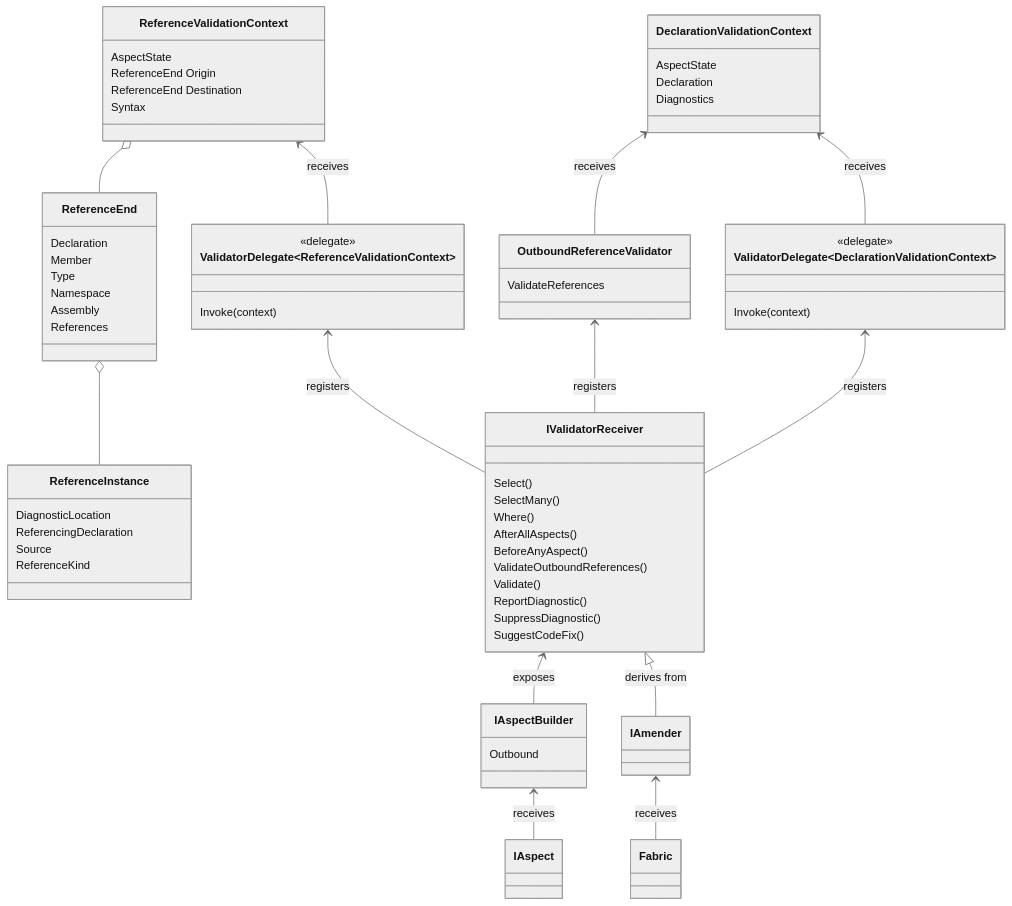
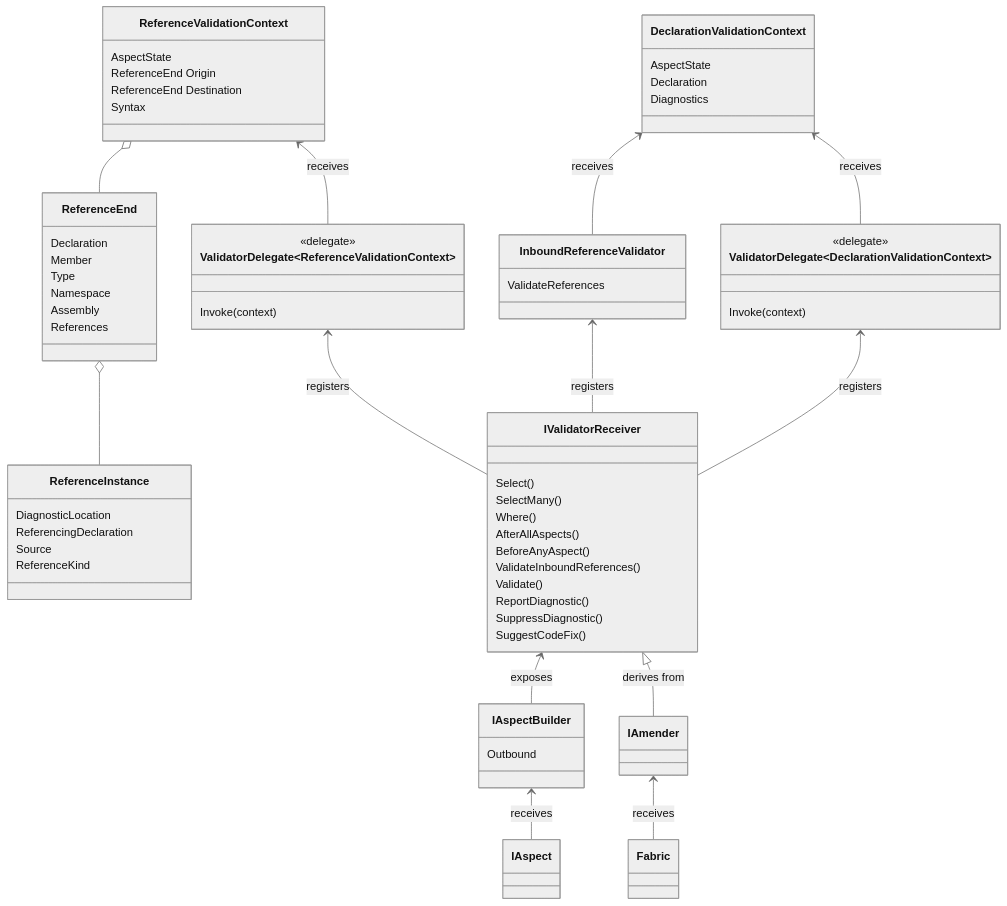
The diagram in overwrite/namespaces/Metalama.Framework.Validation.md (postsharp/Metalama.Documentation), drawn with Mermaid (neutral theme) before and after one commit. The commit also changed other lines of this file and 6 other files, not shown here.

Commit message:
Outbound -> inbound

````diff
--- a/overwrite/namespaces/Metalama.Framework.Validation.md
+++ b/overwrite/namespaces/Metalama.Framework.Validation.md
@@ -30,83 +30,83 @@
 ```mermaid
 classDiagram
 
     class ValidatorDelegate~DeclarationValidationContext~{
         <<delegate>>
         Invoke(context)
     }
 
      class ` ValidatorDelegate~ReferenceValidationContext~`{
         <<delegate>>
         Invoke(context)
     }
 
     class DeclarationValidationContext {
         AspectState
         Declaration
         Diagnostics
     }
 
     class ReferenceValidationContext {
         AspectState
         ReferenceEnd Origin
         ReferenceEnd Destination
         Syntax
     }
 
-class OutboundReferenceValidator {
+class InboundReferenceValidator {
     ValidateReferences
 }
 
     class ReferenceEnd {
         Declaration
         Member
         Type
         Namespace
         Assembly
         References
     }
 
     class ReferenceInstance {
         DiagnosticLocation
         ReferencingDeclaration
         Source
         ReferenceKind
     }
 
 
     class IValidatorReceiver {
         Select()
         SelectMany()
         Where()
         AfterAllAspects()
         BeforeAnyAspect()
-        ValidateOutboundReferences()
+        ValidateInboundReferences()
         Validate()
         ReportDiagnostic()
         SuppressDiagnostic()
         SuggestCodeFix()
     }
 
     class IAspectBuilder {
     Outbound
     }
 
     ValidatorDelegate~DeclarationValidationContext~ <-- IValidatorReceiver : registers
     ` ValidatorDelegate~ReferenceValidationContext~` <-- IValidatorReceiver : registers
-    OutboundReferenceValidator <-- IValidatorReceiver : registers
+    InboundReferenceValidator <-- IValidatorReceiver : registers
 
     DeclarationValidationContext <-- ValidatorDelegate~DeclarationValidationContext~  : receives
-    DeclarationValidationContext <-- OutboundReferenceValidator : receives
+    DeclarationValidationContext <-- InboundReferenceValidator : receives
     ReferenceValidationContext <-- ` ValidatorDelegate~ReferenceValidationContext~` : receives
     ReferenceValidationContext o-- ReferenceEnd
     ReferenceEnd o-- ReferenceInstance
 
 
 
     IValidatorReceiver <|-- IAmender : derives from
     IAspectBuilder <-- IAspect : receives
     IAmender <-- Fabric : receives
      IValidatorReceiver <-- IAspectBuilder : exposes
 
 
 ```
````
